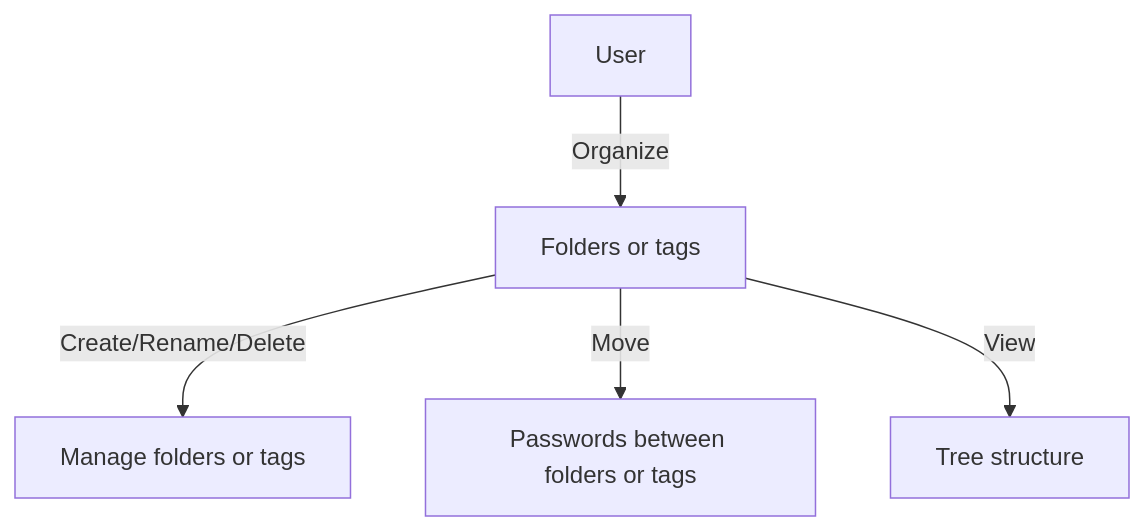
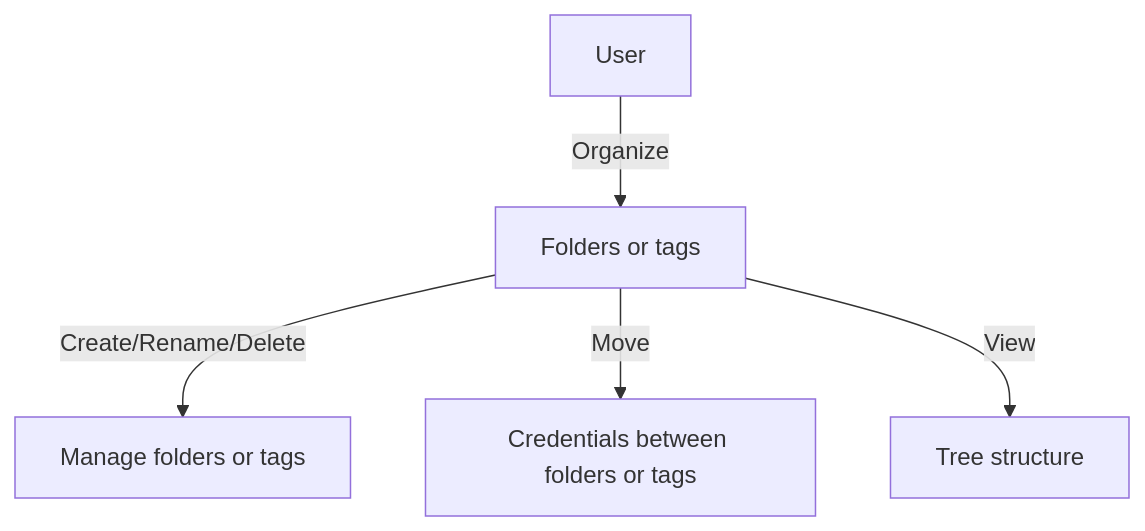
The fourth of 6 diagrams in documentation.adoc (DO-2K23-26/polypass-archi-technique), drawn with Mermaid before and after one commit. The commit also changed other lines of this file and 1 other file, not shown here.

Commit message:
feat(use-case): Refactor documented use-cases and complete use-case diagram

```diff
--- a/documentation.adoc
+++ b/documentation.adoc
@@ -92,8 +92,8 @@
 [mermaid, format="svg"]
 ----
 flowchart TD
     User["User"] --> |Organize| A["Folders or tags"]
     A --> |Create/Rename/Delete| B["Manage folders or tags"]
-    A --> |Move| C["Passwords between folders or tags"]
+    A --> |Move| C["Credentials between folders or tags"]
     A --> |View| D["Tree structure"]
 ----
```
